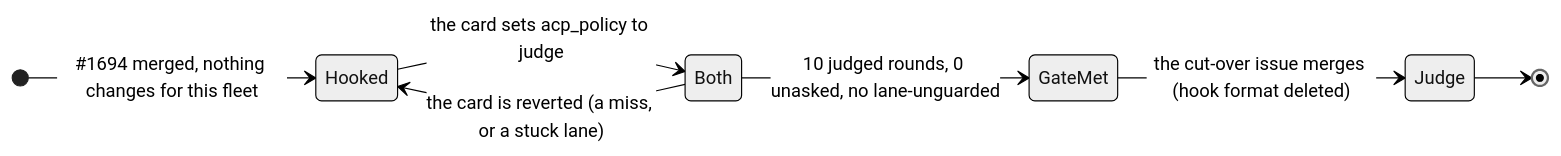
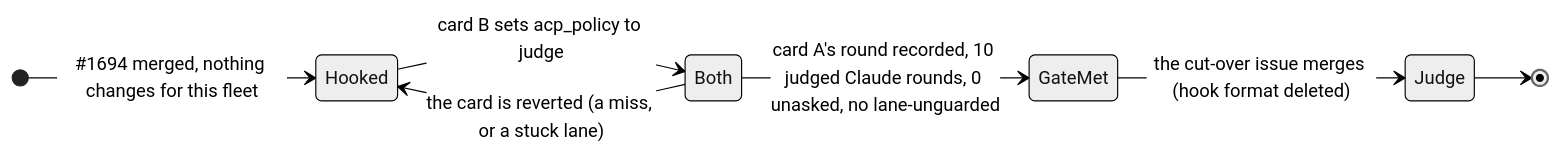
The third of 3 diagrams in docs/architecture/judged-lanes/boundaries.md (jirathip-dev/drover), drawn with Mermaid (neutral theme) before and after one commit. The commit also changed other lines of this file and 4 other files, not shown here.

Commit message:
docs(architecture): judged-lanes ADR redo: main host only, shed's accounts, no orchestrator step, a denied call's reason (#1694)

````diff
--- a/docs/architecture/judged-lanes/boundaries.md
+++ b/docs/architecture/judged-lanes/boundaries.md
@@ -78,10 +81,10 @@
 ```mermaid
 stateDiagram-v2
     direction LR
     [*] --> Hooked: #1694 merged, nothing changes for this fleet
-    Hooked --> Both: the card sets acp_policy to judge
+    Hooked --> Both: card B sets acp_policy to judge
     Both --> Hooked: the card is reverted (a miss, or a stuck lane)
-    Both --> GateMet: 10 judged rounds, 0 unasked, no lane-unguarded
+    Both --> GateMet: card A's round recorded, 10 judged Claude rounds, 0 unasked, no lane-unguarded
     GateMet --> Judge: the cut-over issue merges (hook format deleted)
     Judge --> [*]
 ```
````
